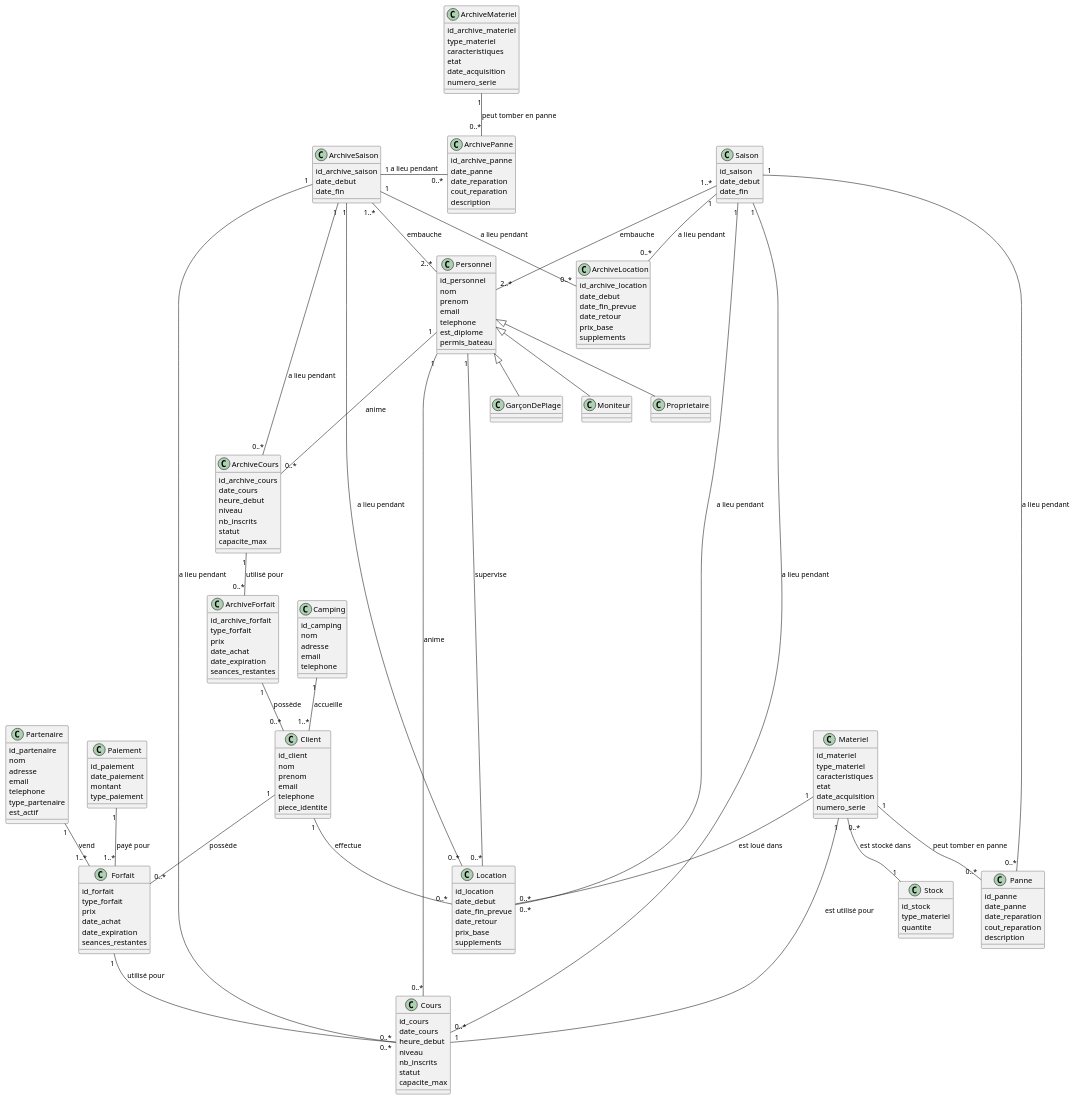
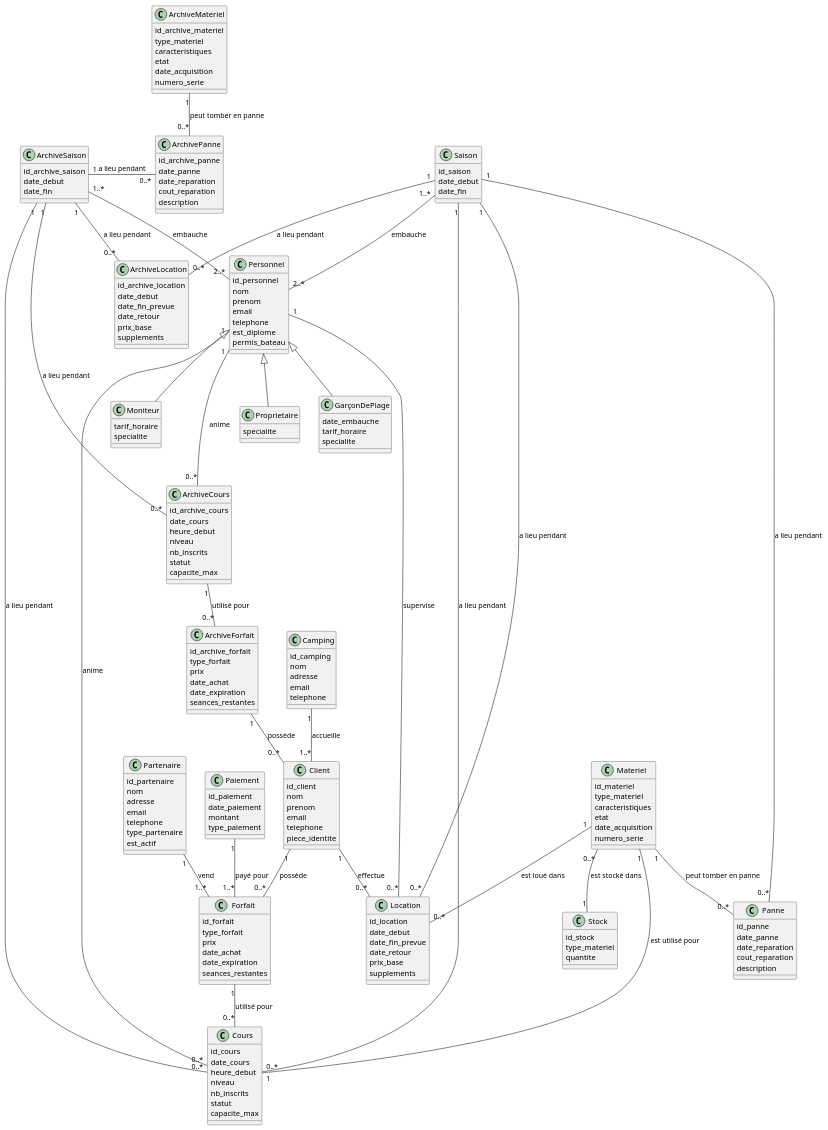
One commit to Hugo-COLLIN/MIAGE_CSI_NauticalClub changed the diagram in docs/1-analysis/generalDesignClassDiagram.puml. Above: the diagram before and after it, drawn with PlantUML.

Commit message:
docs: Personnel attributes

```diff
--- a/docs/1-analysis/generalDesignClassDiagram.puml
+++ b/docs/1-analysis/generalDesignClassDiagram.puml
@@ -1,191 +1,196 @@
 @startuml
     class Personnel {
         id_personnel
         nom
         prenom
         email
         telephone
         est_diplome
         permis_bateau
     }
 
     class GarçonDePlage extends Personnel {
+        date_embauche
+        tarif_horaire
+        specialite
     }
 
     class Moniteur extends Personnel {
+        tarif_horaire
+        specialite
     }
 
     class Proprietaire extends Personnel {
+        specialite
     }
 
     class Saison {
         id_saison
         date_debut
         date_fin
     }
 
     class ArchiveSaison {
         id_archive_saison
         date_debut
         date_fin
     }
 
     class Client {
         id_client
         nom
         prenom
         email
         telephone
         piece_identite
     }
 
     class Materiel {
         id_materiel
         type_materiel
         caracteristiques
         etat
         date_acquisition
         numero_serie
     }
 
     class ArchiveMateriel {
         id_archive_materiel
         type_materiel
         caracteristiques
         etat
         date_acquisition
         numero_serie
     }
 
     class Forfait {
         id_forfait
         type_forfait
         prix
         date_achat
         date_expiration
         seances_restantes
     }
 
     class ArchiveForfait {
         id_archive_forfait
         type_forfait
         prix
         date_achat
         date_expiration
         seances_restantes
     }
 
     class Partenaire {
         id_partenaire
         nom
         adresse
         email
         telephone
         type_partenaire
         est_actif
     }
 
     class Camping {
         id_camping
         nom
         adresse
         email
         telephone
     }
 
     class Cours {
         id_cours
         date_cours
         heure_debut
         niveau
         nb_inscrits
         statut
         capacite_max
     }
 
     class ArchiveCours {
         id_archive_cours
         date_cours
         heure_debut
         niveau
         nb_inscrits
         statut
         capacite_max
     }
 
     class Location {
         id_location
         date_debut
         date_fin_prevue
         date_retour
         prix_base
         supplements
     }
 
     class ArchiveLocation {
         id_archive_location
         date_debut
         date_fin_prevue
         date_retour
         prix_base
         supplements
     }
 
     class Panne {
         id_panne
         date_panne
         date_reparation
         cout_reparation
         description
     }
 
     class ArchivePanne {
         id_archive_panne
         date_panne
         date_reparation
         cout_reparation
         description
     }
 
     class Stock {
         id_stock
         type_materiel
         quantite
     }
 
     class Paiement {
         id_paiement
         date_paiement
         montant
         type_paiement
     }
 
     Client "1" -- "0..*" Forfait: possède
     Client "1" -- "0..*" Location: effectue
     Personnel "1" -- "0..*" Cours: anime
     Materiel "1" -- "0..*" Location: est loué dans
     Forfait "1" -- "0..*" Cours: utilisé pour
     Personnel "1" -- "0..*" Location: supervise
     Materiel "1" -- "0..*" Panne: peut tomber en panne
     ArchiveMateriel "1" -- "0..*" ArchivePanne: peut tomber en panne
     Materiel "0..*" -- "1" Stock: est stocké dans
     ArchiveCours "1" -- "0..*" ArchiveForfait: utilisé pour
     Personnel "1" --- "0..*" ArchiveCours : anime
     ArchiveForfait "1" -- "0..*" Client: possède
     Partenaire "1" -- "1..*" Forfait: vend
     Camping "1" -- "1..*" Client: accueille
     Materiel "1" - "1" Cours: est utilisé pour
     Paiement "1" -- "1..*" Forfait: payé pour
     Saison "1..*" -- "2..*" Personnel: embauche
     Saison "1" -- "0..*" Cours: a lieu pendant
     Saison "1" -- "0..*" Location: a lieu pendant
     Saison "1" -- "0..*" Panne: a lieu pendant
     Saison "1" -- "0..*" ArchiveLocation: a lieu pendant
     ArchiveSaison "1..*" -- "2..*" Personnel: embauche
     ArchiveSaison "1" -- "0..*" Cours: a lieu pendant
-    ArchiveSaison "1" -- "0..*" Location: a lieu pendant
     ArchiveSaison "1" - "0..*" ArchivePanne: a lieu pendant
     ArchiveSaison "1" -- "0..*" ArchiveCours: a lieu pendant
     ArchiveSaison "1" -- "0..*" ArchiveLocation: a lieu pendant
 
 @enduml
```
